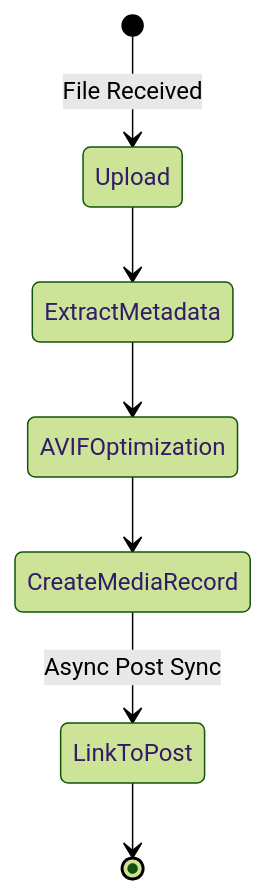
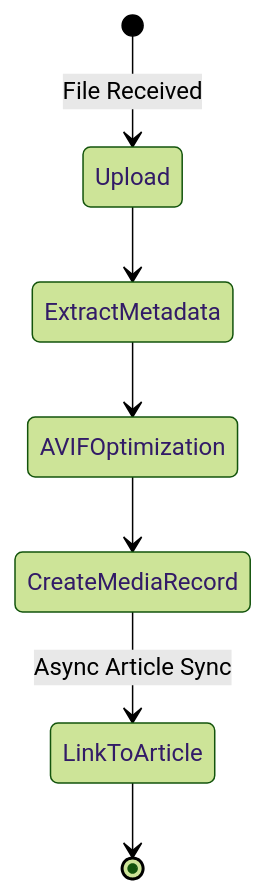
One commit to amirhossein-moloki/Blog changed the third of 4 diagrams in COMPREHENSIVE_ARCHITECTURE.md. Above: the diagram before and after it, drawn with Mermaid (forest theme). The commit also changed other lines of this file and 23 other files, not shown here.

````diff
--- a/COMPREHENSIVE_ARCHITECTURE.md
+++ b/COMPREHENSIVE_ARCHITECTURE.md
@@ -496,9 +496,9 @@
 ```mermaid
 stateDiagram-v2
     [*] --> Upload: File Received
     Upload --> ExtractMetadata
     ExtractMetadata --> AVIFOptimization
     AVIFOptimization --> CreateMediaRecord
-    CreateMediaRecord --> LinkToPost: Async Post Sync
-    LinkToPost --> [*]
+    CreateMediaRecord --> LinkToArticle: Async Article Sync
+    LinkToArticle --> [*]
 ```
````
